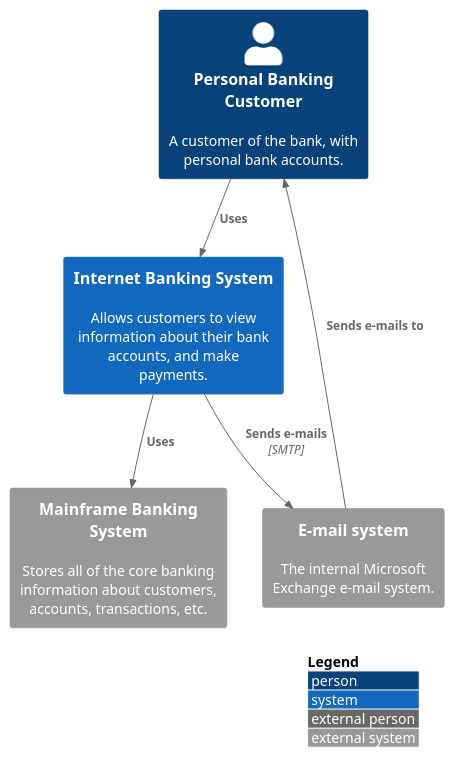
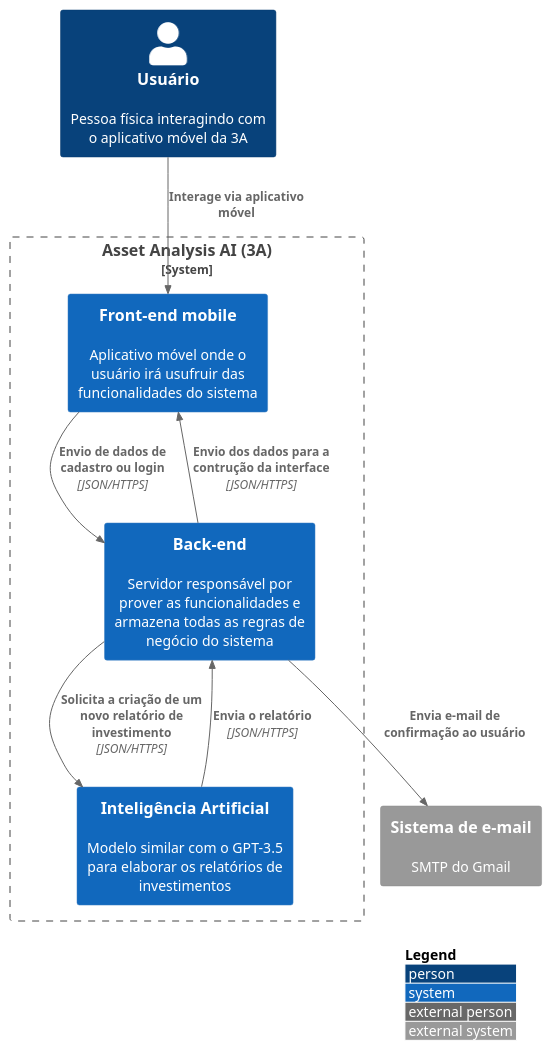
One commit to Open-3A/3A-c4-model changed the diagram in src/C1 Context/context.puml. Above: the diagram before and after it, drawn with PlantUML.

Commit message:
docs: add context level

```diff
--- a/src/C1 Context/context.puml
+++ b/src/C1 Context/context.puml
@@ -1,15 +1,26 @@
 @startuml
 !include https://raw.githubusercontent.com/adrianvlupu/C4-PlantUML/latest/C4_Context.puml
 
 LAYOUT_WITH_LEGEND()
 
-Person(pbc, "Personal Banking Customer", "A customer of the bank, with personal bank accounts.")
-System(ibs, "Internet Banking System", "Allows customers to view information about their bank accounts, and make payments.")
-System_Ext(es, "E-mail system", "The internal Microsoft Exchange e-mail system.")
-System_Ext(mbs, "Mainframe Banking System", "Stores all of the core banking information about customers, accounts, transactions, etc.")
+Person(user, "Usuário", "Pessoa física interagindo com o aplicativo móvel da 3A")
 
-Rel(pbc, ibs, "Uses")
-Rel(es, pbc, "Sends e-mails to")
-Rel(ibs, es, "Sends e-mails", "SMTP")
-Rel(ibs, mbs, "Uses")
+System_Boundary(3a, "Asset Analysis AI (3A)"){
+  System(mobile, "Front-end mobile", "Aplicativo móvel onde o usuário irá usufruir das funcionalidades do sistema")
+  System(backend, "Back-end", "Servidor responsável por prover as funcionalidades e armazena todas as regras de negócio do sistema")
+  System(ai, "Inteligência Artificial", "Modelo similar com o GPT-3.5 para elaborar os relatórios de investimentos")
+}
+
+System_Ext(mail, "Sistema de e-mail", "SMTP do Gmail")
+
+Rel(user, mobile, "Interage via aplicativo móvel")
+
+Rel(mobile, backend, "Envio de dados de cadastro ou login", "JSON/HTTPS")
+Rel(backend, mobile, "Envio dos dados para a contrução da interface", "JSON/HTTPS")
+
+Rel(backend, mail, "Envia e-mail de confirmação ao usuário")
+
+Rel(backend, ai, "Solicita a criação de um novo relatório de investimento", "JSON/HTTPS")
+Rel(ai, backend, "Envia o relatório", "JSON/HTTPS")
+
 @enduml
```
